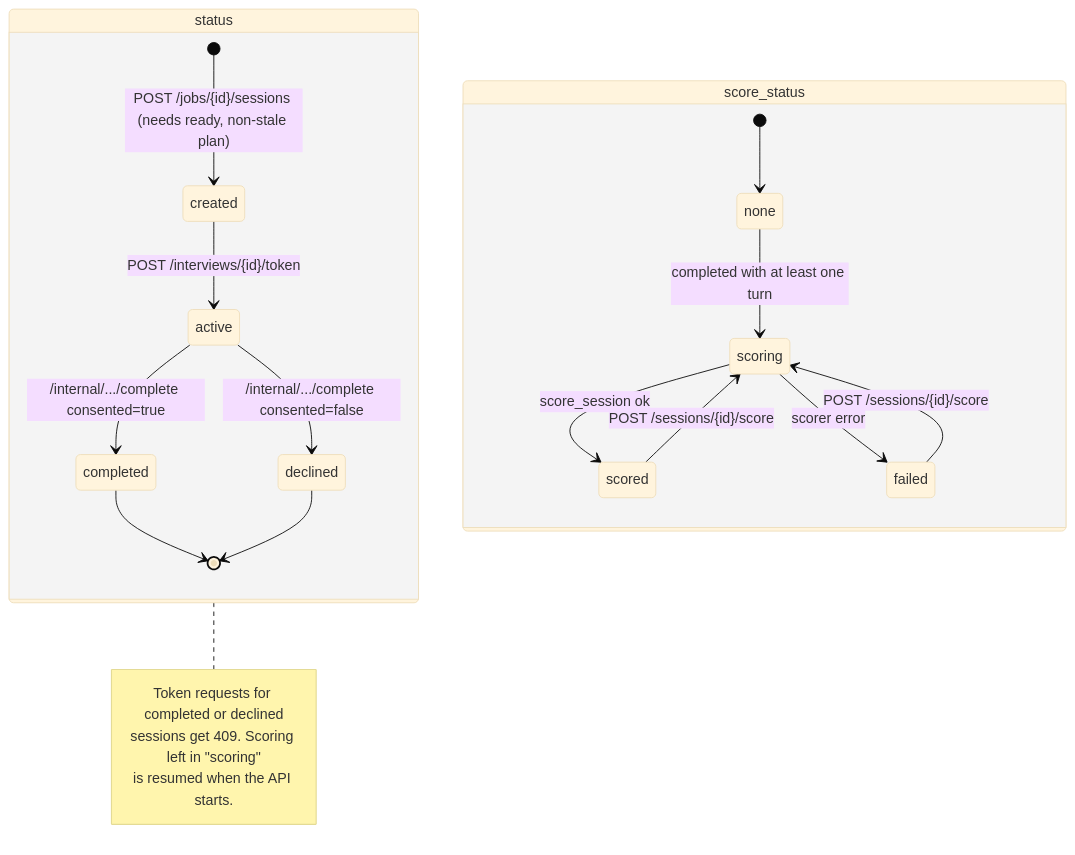
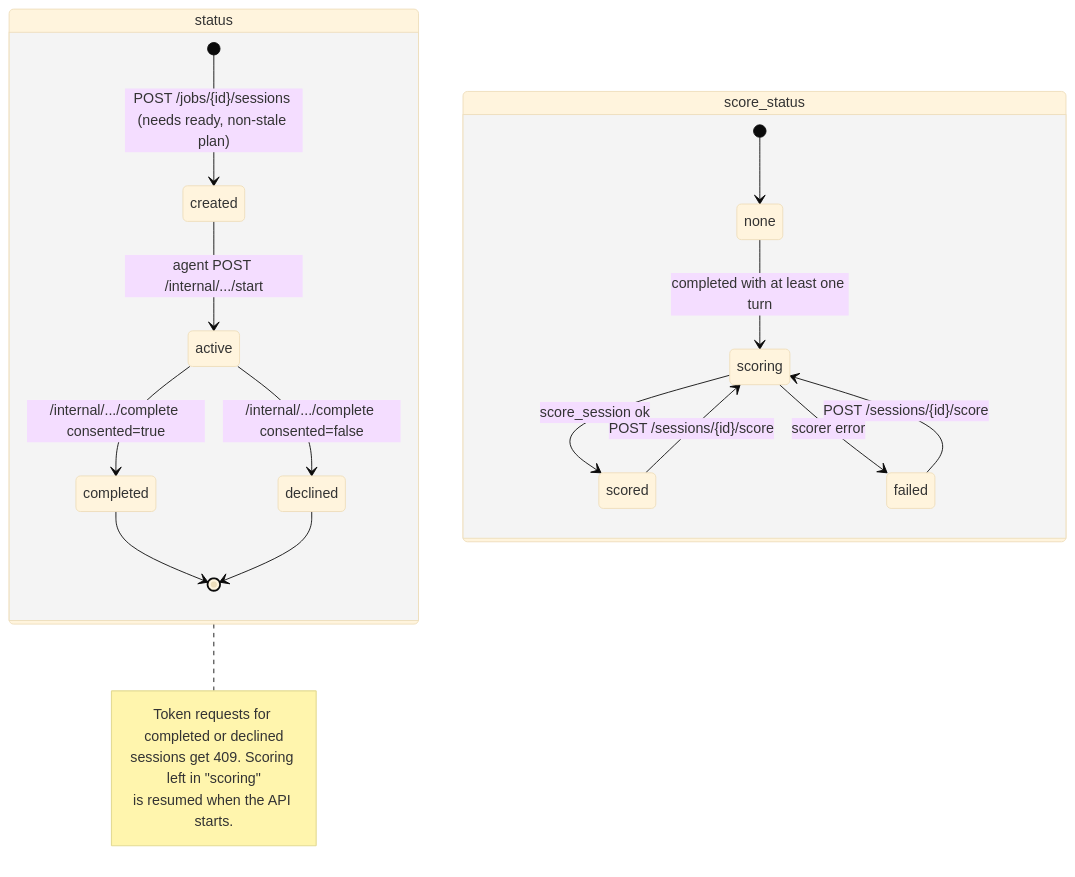
One commit to Debraj-Kundu/GURU-AI-INTERVIEWER changed the diagram in docs/flows/session-status.mmd. Above: the diagram before and after it, drawn with Mermaid (base theme). The commit also changed 8 other files, not shown here.

```diff
--- a/docs/flows/session-status.mmd
+++ b/docs/flows/session-status.mmd
@@ -1,23 +1,23 @@
 %% interview_sessions.status and score_status (backend/app/db.py SessionRow, sessions.py)
 stateDiagram-v2
   state "status" as status {
     [*] --> created : POST /jobs/{id}/sessions (needs ready, non-stale plan)
-    created --> active : POST /interviews/{id}/token
+    created --> active : agent POST /internal/.../start
     active --> completed : /internal/.../complete consented=true
     active --> declined : /internal/.../complete consented=false
     completed --> [*]
     declined --> [*]
   }
   state "score_status" as score {
     [*] --> none
     none --> scoring : completed with at least one turn
     scoring --> scored : score_session ok
     scoring --> failed : scorer error
     scored --> scoring : POST /sessions/{id}/score
     failed --> scoring : POST /sessions/{id}/score
   }
   note right of status
     Token requests for completed or declined
     sessions get 409. Scoring left in "scoring"
     is resumed when the API starts.
   end note
```
